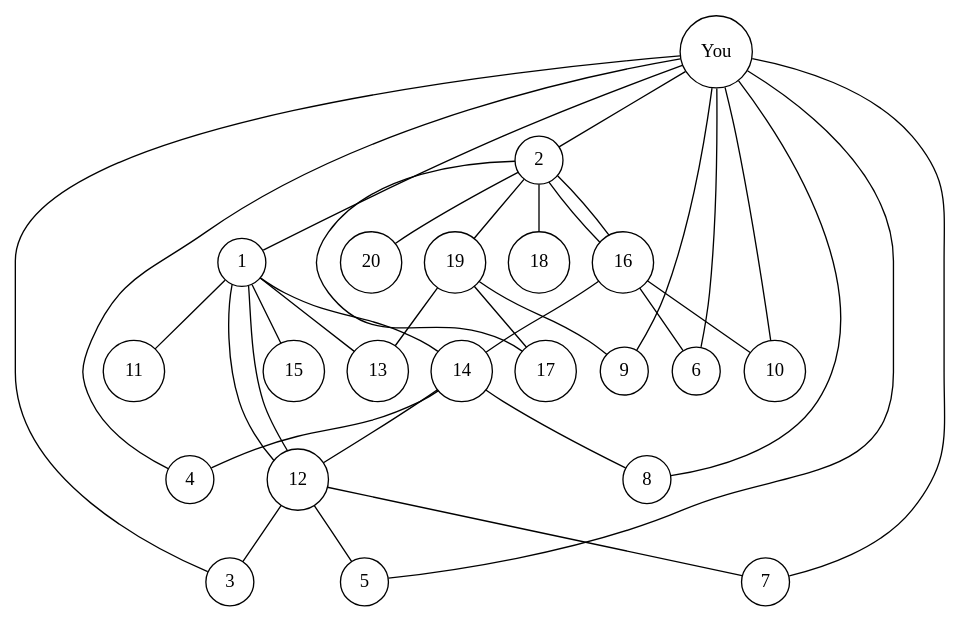
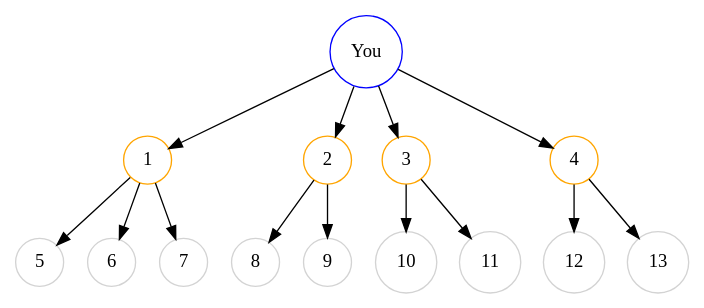
One commit to DhruvDh/itsc-2214-readings changed the second of 24 diagrams in 21_graphs.qmd. Above: the diagram before and after it, drawn with Graphviz. The commit also changed other lines of this file and 18 other files, not shown here.

Commit message:
improved graphs chapter

````diff
--- a/21_graphs.qmd
+++ b/21_graphs.qmd
@@ -18,14 +26,28 @@
 ```{dot}
 //| label: fig-instagram-followers-recursive
-//| fig-cap: "A representation of your instagram followers where they're allowed to follow other people too."
-graph G {
+//| fig-cap: "A representation of Instagram followers with multiple levels of connections. Each follower can have their own followers, creating a network of connections. Arrows indicate the direction of following, showing that the relationship is not always reciprocal."
+digraph G {
   node [shape=circle];
-  You -- {1, 2, 3, 4, 5, 6, 7, 8, 9, 10};
-  1 -- {11, 12, 13, 14, 15};
-  2 -- {16, 17, 18, 19, 20};
-  12 -- {1, 3, 5, 7};
-  14 -- {4, 8, 12};
-  16 -- {2, 6, 10, 14};
-  19 -- {9, 13, 17};
+  You [label="You", color="blue"]
+  Follower1 [label="1", color="orange"]
+  Follower2 [label="2", color="orange"]
+  Follower3 [label="3", color="orange"]
+  Follower4 [label="4", color="orange"]
+  Follower5 [label="5", color="lightgrey"]
+  Follower6 [label="6", color="lightgrey"]
+  Follower7 [label="7", color="lightgrey"]
+  Follower8 [label="8", color="lightgrey"]
+  Follower9 [label="9", color="lightgrey"]
+  Follower10 [label="10", color="lightgrey"]
+  Follower11 [label="11", color="lightgrey"]
+  Follower12 [label="12", color="lightgrey"]
+  Follower13 [label="13", color="lightgrey"]
+  
+  You -> {Follower1, Follower2, Follower3, Follower4};
+  Follower1 -> {Follower5, Follower6, Follower7};
+  Follower2 -> {Follower8, Follower9};
+  Follower3 -> {Follower10, Follower11};
+  Follower4 -> {Follower12, Follower13};
 }
+
 ```
````
